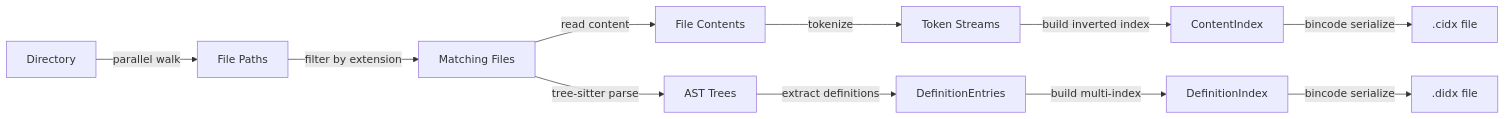
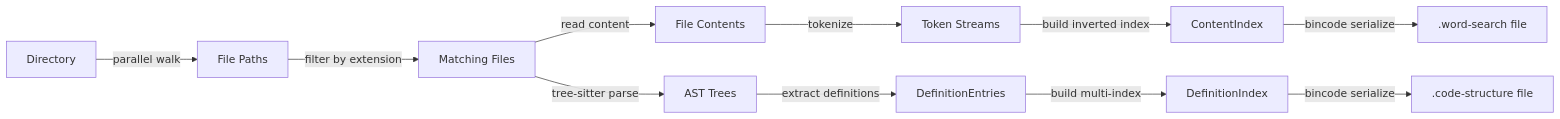
One commit to pustynsky/search-index changed the sixth of 9 diagrams in docs/architecture.md. Above: the diagram before and after it, drawn with Mermaid. The commit also changed other lines of this file and 3 other files, not shown here.

````diff
--- a/docs/architecture.md
+++ b/docs/architecture.md
@@ -289,14 +289,14 @@
 ```mermaid
 graph LR
     A[Directory] -->|parallel walk| B[File Paths]
     B -->|filter by extension| C[Matching Files]
     C -->|read content| D[File Contents]
     D -->|tokenize| E[Token Streams]
     E -->|build inverted index| F[ContentIndex]
-    F -->|bincode serialize| G[.cidx file]
+    F -->|bincode serialize| G[.word-search file]
 
     C -->|tree-sitter parse| H[AST Trees]
     H -->|extract definitions| I[DefinitionEntries]
     I -->|build multi-index| J[DefinitionIndex]
-    J -->|bincode serialize| K[.didx file]
+    J -->|bincode serialize| K[.code-structure file]
 ```
````
